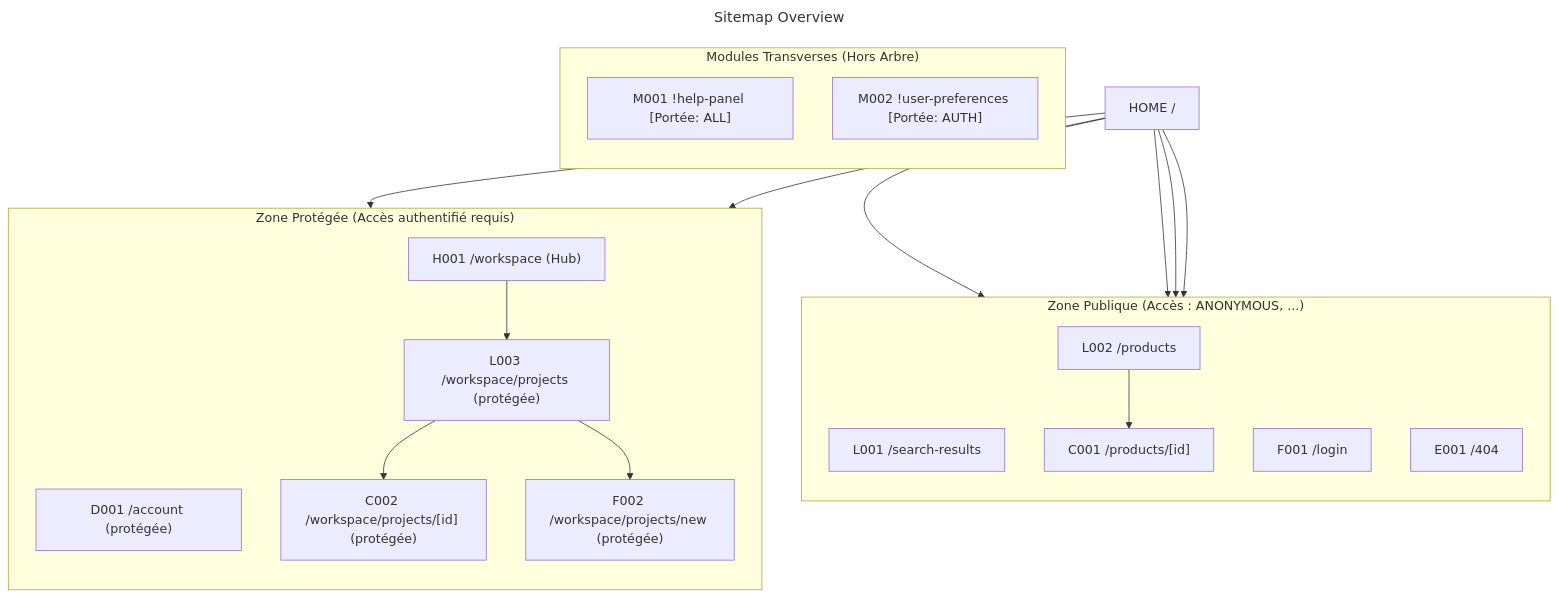
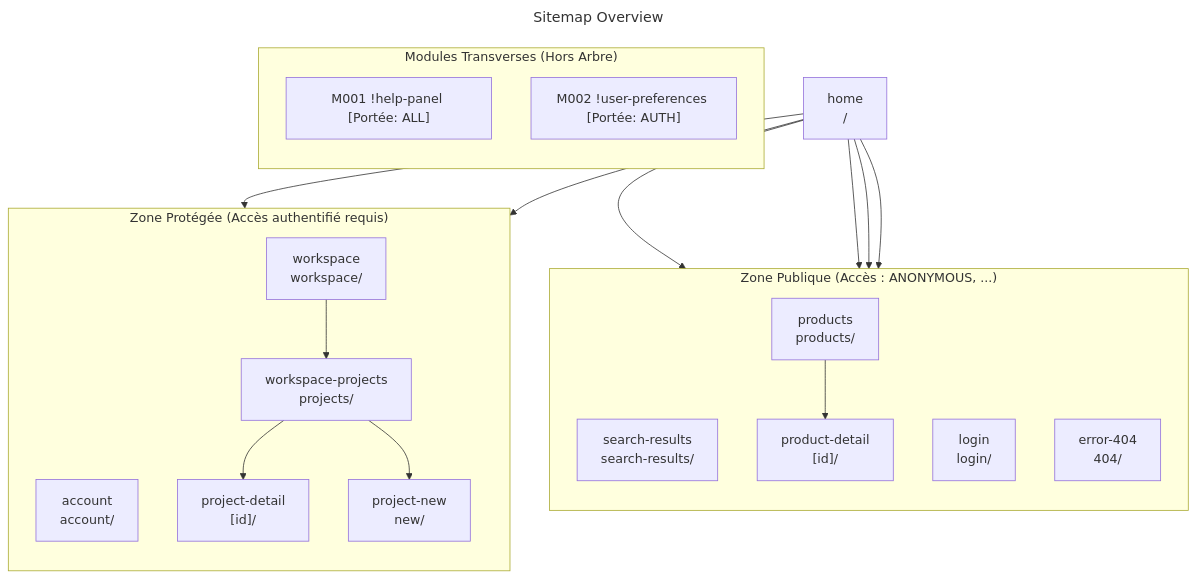
The diagram in .agents/plugins/information-architecture/templates/arborescence/sitemap-overview.mmd (Pi0up/ai-skills), drawn with Mermaid before and after one commit. The commit also changed 11 other files, not shown here.

```diff
--- a/.agents/plugins/information-architecture/templates/arborescence/sitemap-overview.mmd
+++ b/.agents/plugins/information-architecture/templates/arborescence/sitemap-overview.mmd
@@ -1,68 +1,68 @@
 ---
 title: Sitemap Overview
 type: sitemap
 id: sitemap-overview
 version: 1.0.0
 roles: [ANONYMOUS, AUTH]
 tags: [sitemap, overview, architecture]
 description: Template d'arborescence générale (niveau macro)
 ---
 flowchart TD
 
     %% --------------------------------------------------------------------------
     %% 1. Racine (HOME)
     %% Règle : Unique, URL '/', code sans ID
     %% --------------------------------------------------------------------------
-    HOME["HOME /"]
+    HOME["home<br/>/"]
 
     %% --------------------------------------------------------------------------
     %% 2. Pages publiques / Zone accessible ANONYMOUS
     %% Codes templates : L (Liste), C (Contenu), F (Formulaire), H (Hub)
     %% Conventions URL : minuscules, pluriel pour listes, variables [id]
     %% --------------------------------------------------------------------------
     subgraph ZonePublique["Zone Publique (Accès : ANONYMOUS, ...)"]
         direction TB
-        L001["L001 /search-results"]
-        L002["L002 /products"]
-        C001["C001 /products/[id]"]
-        F001["F001 /login"]
-        E001["E001 /404"]
+        L001["search-results<br/>search-results/"]
+        L002["products<br/>products/"]
+        C001["product-detail<br/>[id]/"]
+        F001["login<br/>login/"]
+        E001["error-404<br/>404/"]
     end
 
     %% --------------------------------------------------------------------------
     %% 3. Zone protégée (ANONYMOUS exclu de 'access')
     %% --------------------------------------------------------------------------
     subgraph ZoneProtegee["Zone Protégée (Accès authentifié requis)"]
         direction TB
-        D001["D001 /account (protégée)"]
-        H001["H001 /workspace (Hub)"]
-        L003["L003 /workspace/projects (protégée)"]
-        C002["C002 /workspace/projects/[id] (protégée)"]
-        F002["F002 /workspace/projects/new (protégée)"]
+        D001["account<br/>account/"]
+        H001["workspace<br/>workspace/"]
+        L003["workspace-projects<br/>projects/"]
+        C002["project-detail<br/>[id]/"]
+        F003["project-new<br/>new/"]
     end
 
     %% --------------------------------------------------------------------------
     %% 4. Hiérarchie de l'Arbre (Parent unique par page, sauf HOME)
     %% --------------------------------------------------------------------------
     HOME --> L001
     HOME --> L002
     HOME --> F001
     HOME --> E001
     HOME --> D001
     HOME --> H001
 
     L002 --> C001
     H001 --> L003
     L003 --> C002
-    L003 --> F002
+    L003 --> F003
 
     %% --------------------------------------------------------------------------
     %% 5. Modules Transverses (Hors Arbre)
     %% Règle : Code M, pas de parent, portée ALL/PUBLIC/AUTH/@ROLE
     %% Invoqué via '!invocation' sur l'URL courante
     %% --------------------------------------------------------------------------
     subgraph ModulesTransverses["Modules Transverses (Hors Arbre)"]
         direction TB
         M001["M001 !help-panel [Portée: ALL]"]
         M002["M002 !user-preferences [Portée: AUTH]"]
     end
```
